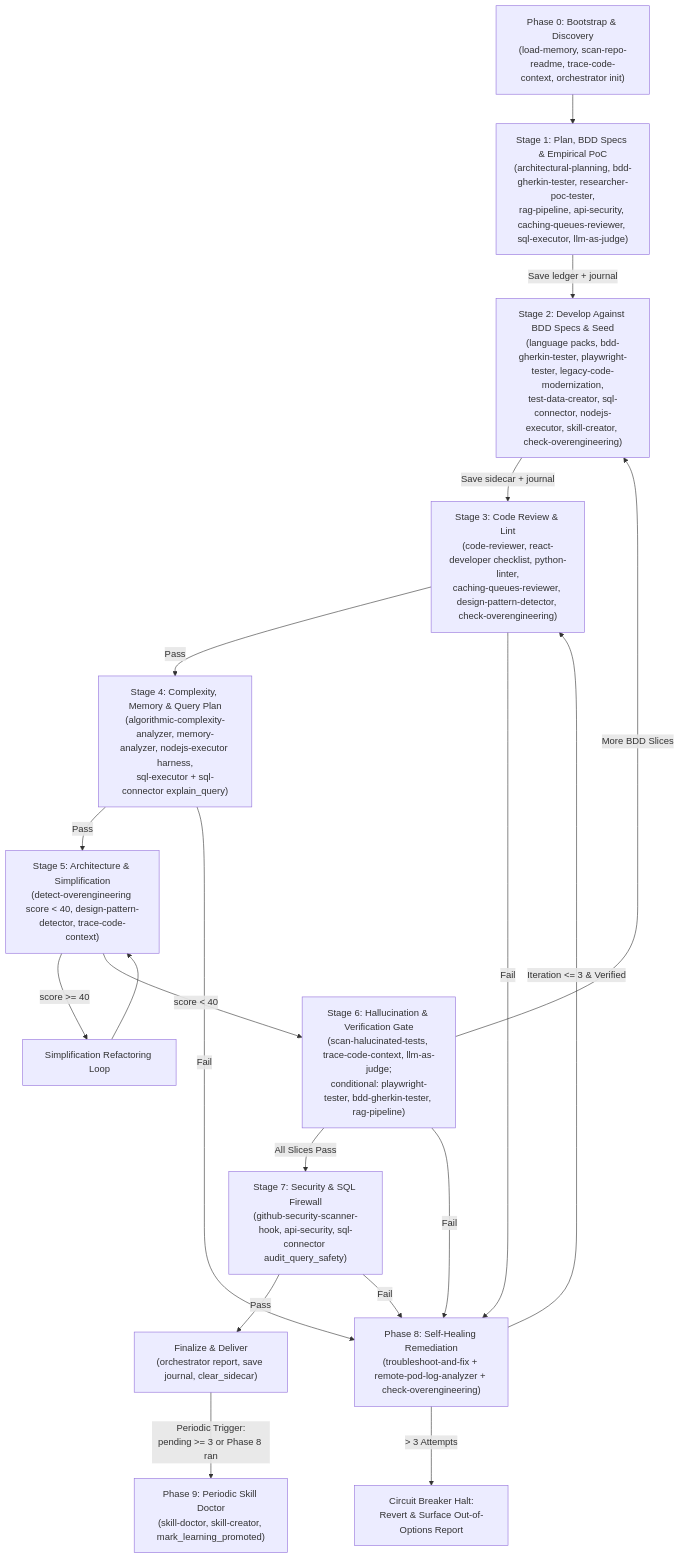
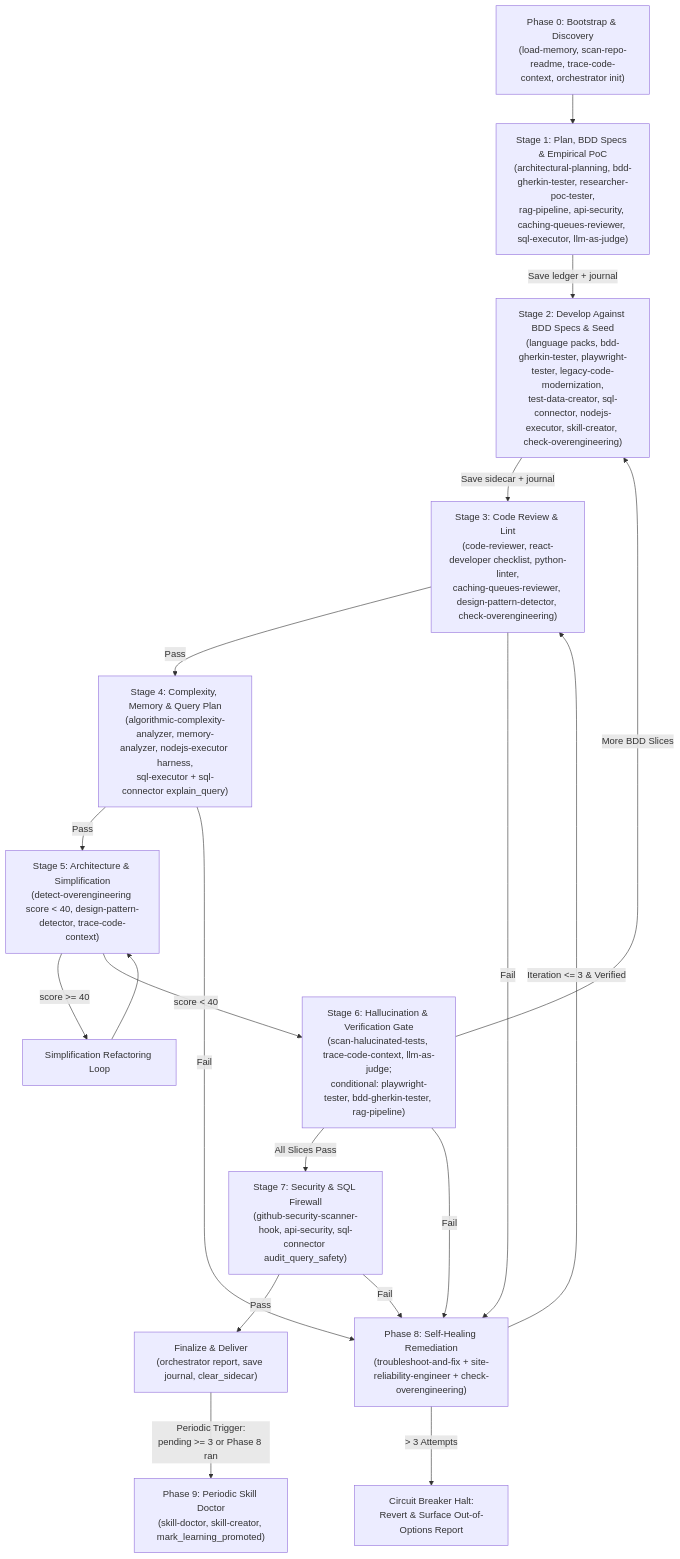
Before and after one commit to nainishshafi/developer-productivity-skills: the diagram in .github/agents/software-factory-agent.md, drawn with Mermaid. The commit also changed other lines of this file and 25 other files, not shown here.

Commit message:
feat(skills): add site-reliability-engineer and merge remote-pod-log-analyzer

````diff
--- a/.github/agents/software-factory-agent.md
+++ b/.github/agents/software-factory-agent.md
@@ -42,24 +42,24 @@
 ```mermaid
 flowchart TD
     B["Phase 0: Bootstrap & Discovery<br/>(load-memory, scan-repo-readme, trace-code-context, orchestrator init)"] --> S1
     S1["Stage 1: Plan, BDD Specs & Empirical PoC<br/>(architectural-planning, bdd-gherkin-tester, researcher-poc-tester,<br/>rag-pipeline, api-security, caching-queues-reviewer, sql-executor, llm-as-judge)"] -->|Save ledger + journal| S2
     S2["Stage 2: Develop Against BDD Specs & Seed<br/>(language packs, bdd-gherkin-tester, playwright-tester, legacy-code-modernization,<br/>test-data-creator, sql-connector, nodejs-executor, skill-creator, check-overengineering)"] -->|Save sidecar + journal| S3
     S3["Stage 3: Code Review & Lint<br/>(code-reviewer, react-developer checklist, python-linter,<br/>caching-queues-reviewer, design-pattern-detector, check-overengineering)"] -->|Pass| S4
     S4["Stage 4: Complexity, Memory & Query Plan<br/>(algorithmic-complexity-analyzer, memory-analyzer, nodejs-executor harness,<br/>sql-executor + sql-connector explain_query)"] -->|Pass| S5
     S5["Stage 5: Architecture & Simplification<br/>(detect-overengineering score < 40, design-pattern-detector, trace-code-context)"] -->|score >= 40| S5_Loop["Simplification Refactoring Loop"]
     S5_Loop --> S5
     S5 -->|score < 40| S6
     S6["Stage 6: Hallucination & Verification Gate<br/>(scan-halucinated-tests, trace-code-context, llm-as-judge;<br/>conditional: playwright-tester, bdd-gherkin-tester, rag-pipeline)"] -->|More BDD Slices| S2
     S6 -->|All Slices Pass| S7
     S7["Stage 7: Security & SQL Firewall<br/>(github-security-scanner-hook, api-security, sql-connector audit_query_safety)"] -->|Pass| F
 
     S3 -->|Fail| R
     S4 -->|Fail| R
     S6 -->|Fail| R
     S7 -->|Fail| R
 
-    R["Phase 8: Self-Healing Remediation<br/>(troubleshoot-and-fix + remote-pod-log-analyzer + check-overengineering)"] -->|"Iteration <= 3 & Verified"| S3
+    R["Phase 8: Self-Healing Remediation<br/>(troubleshoot-and-fix + site-reliability-engineer + check-overengineering)"] -->|"Iteration <= 3 & Verified"| S3
     R -->|"> 3 Attempts"| CB["Circuit Breaker Halt:<br/>Revert & Surface Out-of-Options Report"]
 
     F["Finalize & Deliver<br/>(orchestrator report, save journal, clear_sidecar)"] -->|"Periodic Trigger:<br/>pending >= 3 or Phase 8 ran"| SD["Phase 9: Periodic Skill Doctor<br/>(skill-doctor, skill-creator, mark_learning_promoted)"]
 ```
````
